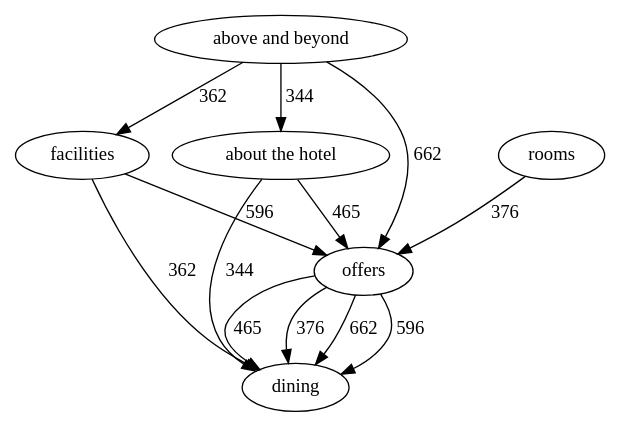
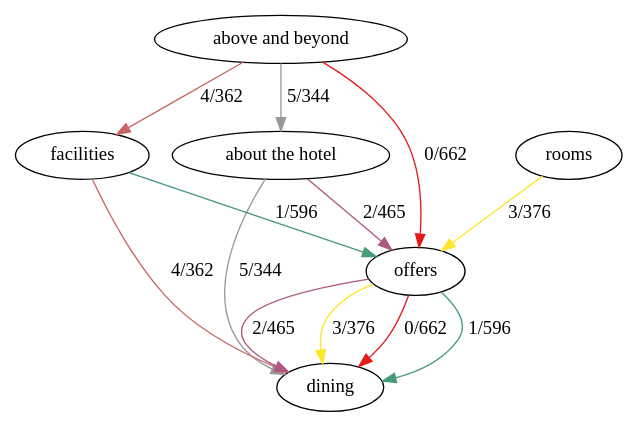
The diagram in dot/hk_requests.dot (alexcu/sit742-a2-report), drawn with Graphviz before and after one commit. The commit also changed 32 other files, not shown here.

Commit message:
Update dot graphs for latest coloring

```diff
--- a/dot/hk_requests.dot
+++ b/dot/hk_requests.dot
@@ -1,21 +1,21 @@
 digraph "" {
 layout="dot";
 dining;
 "about the hotel";
 facilities;
 offers;
 rooms;
 "above and beyond";
-"about the hotel" -> dining  [key=0, label=344, weight=344];
-"about the hotel" -> offers  [key=0, label=465, weight=465];
-facilities -> dining  [key=0, label=362, weight=362];
-facilities -> offers  [key=0, label=596, weight=596];
-offers -> dining  [key=0, label=662, weight=662];
-offers -> dining  [key=1, label=596, weight=596];
-offers -> dining  [key=2, label=465, weight=465];
-offers -> dining  [key=3, label=376, weight=376];
-rooms -> offers  [key=0, label=376, weight=376];
-"above and beyond" -> facilities  [key=0, label=362, weight=362];
-"above and beyond" -> offers  [key=0, label=662, weight=662];
-"above and beyond" -> "about the hotel"  [key=0, label=344, weight=344];
+"about the hotel" -> dining  [color="#999999", key=0, label="5/344", weight=344];
+"about the hotel" -> offers  [color="#ad5882", key=0, label="2/465", weight=465];
+facilities -> dining  [color="#c66764", key=0, label="4/362", weight=362];
+facilities -> offers  [color="#449b76", key=0, label="1/596", weight=596];
+offers -> dining  [color="#e41a1c", key=0, label="0/662", weight=662];
+offers -> dining  [color="#449b76", key=1, label="1/596", weight=596];
+offers -> dining  [color="#ad5882", key=2, label="2/465", weight=465];
+offers -> dining  [color="#ffe529", key=3, label="3/376", weight=376];
+rooms -> offers  [color="#ffe529", key=0, label="3/376", weight=376];
+"above and beyond" -> facilities  [color="#c66764", key=0, label="4/362", weight=362];
+"above and beyond" -> offers  [color="#e41a1c", key=0, label="0/662", weight=662];
+"above and beyond" -> "about the hotel"  [color="#999999", key=0, label="5/344", weight=344];
 }
```
